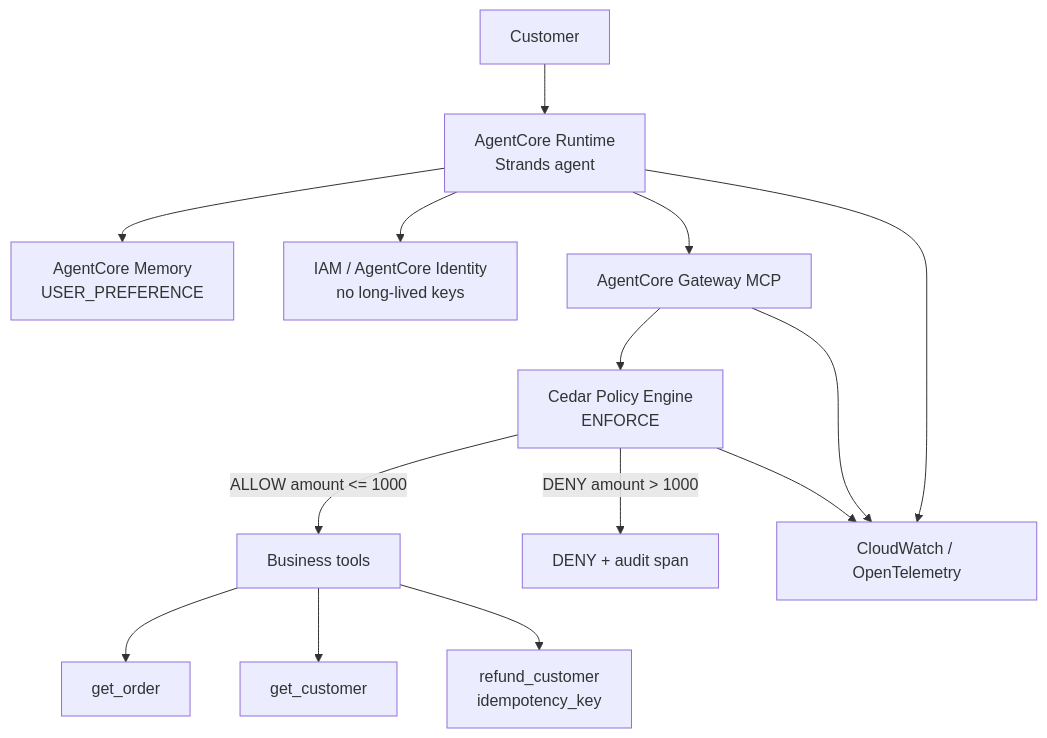
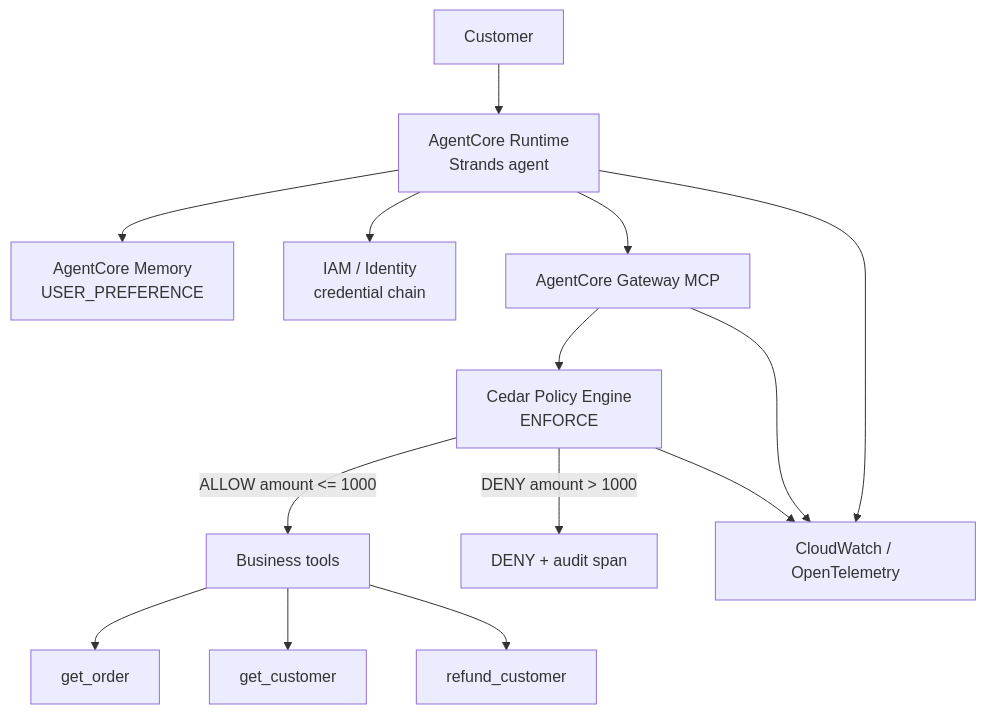
The diagram in ARCHITECTURE.md (McCarll/customer-support-agent), drawn with Mermaid before and after one commit. The commit also changed other lines of this file and 53 other files, not shown here.

````diff
--- a/ARCHITECTURE.md
+++ b/ARCHITECTURE.md
@@ -5,16 +7,16 @@
 ```mermaid
 flowchart TB
   User[Customer] --> Runtime[AgentCore Runtime<br/>Strands agent]
   Runtime --> Memory[AgentCore Memory<br/>USER_PREFERENCE]
-  Runtime --> IAM[IAM / AgentCore Identity<br/>no long-lived keys]
+  Runtime --> IAM[IAM / Identity<br/>credential chain]
   Runtime --> Gateway[AgentCore Gateway MCP]
   Gateway --> Policy[Cedar Policy Engine<br/>ENFORCE]
-  Policy -->|ALLOW amount &lt;= 1000| Tools[Business tools]
-  Policy -->|DENY amount &gt; 1000| Deny[DENY + audit span]
+  Policy -->|ALLOW amount <= 1000| Tools[Business tools]
+  Policy -->|DENY amount > 1000| Deny[DENY + audit span]
   Tools --> Order[get_order]
   Tools --> Customer[get_customer]
-  Tools --> Refund[refund_customer<br/>idempotency_key]
+  Tools --> Refund[refund_customer]
   Runtime --> OTEL[CloudWatch / OpenTelemetry]
   Gateway --> OTEL
   Policy --> OTEL
 ```
````
